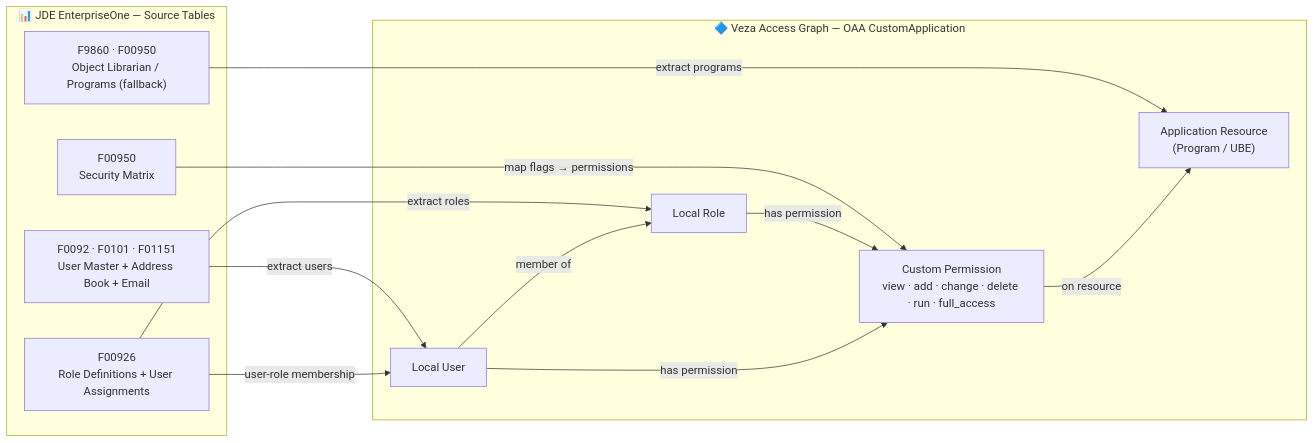
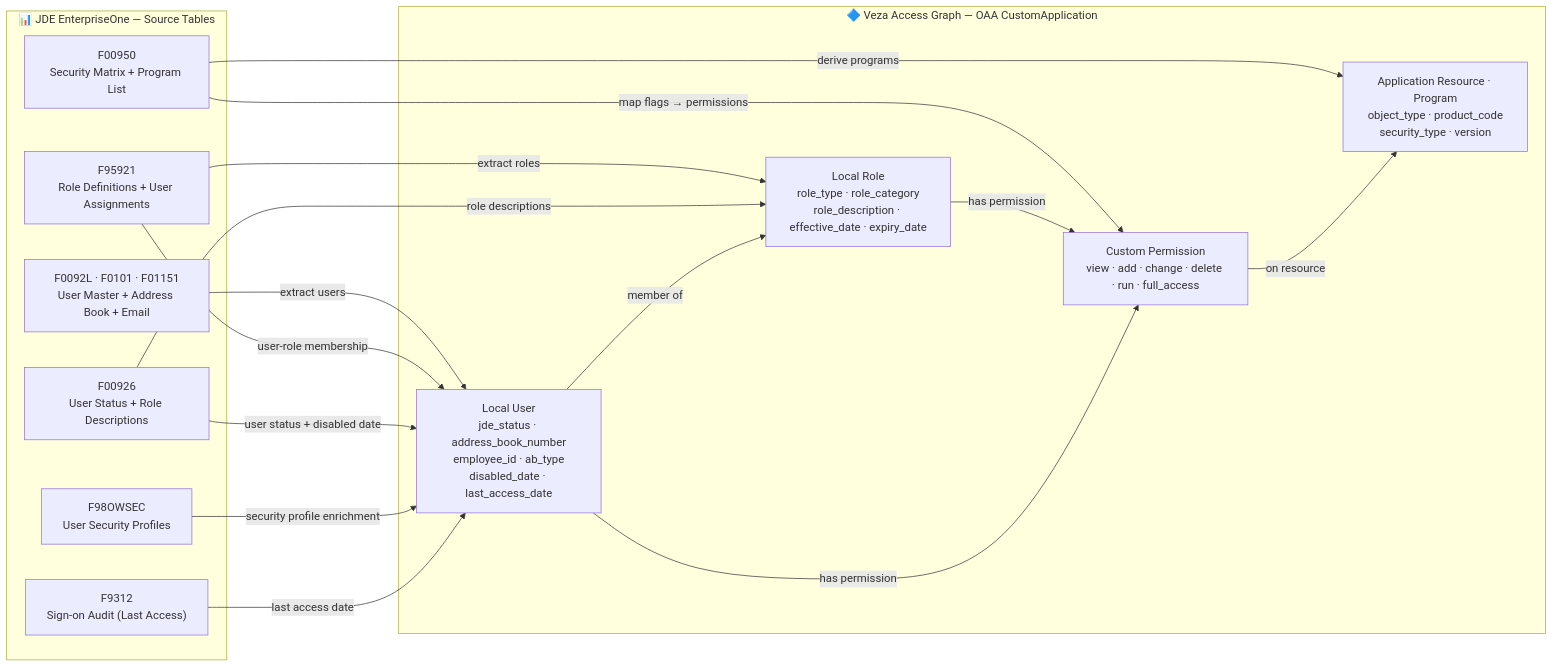
One commit to pvolu-vz/jde changed the diagram in integrations/jde/README.md. Above: the diagram before and after it, drawn with Mermaid. The commit also changed other lines of this file, not shown here.

````diff
--- a/integrations/jde/README.md
+++ b/integrations/jde/README.md
@@ -33,27 +36,33 @@
 ```mermaid
 graph LR
     subgraph JDE["📊 JDE EnterpriseOne — Source Tables"]
-        F0092["F0092 · F0101 · F01151\nUser Master + Address Book + Email"]
-        F00926["F00926\nRole Definitions + User Assignments"]
-        F9860["F9860 · F00950\nObject Librarian / Programs (fallback)"]
-        F00950["F00950\nSecurity Matrix"]
+        F0092L["F0092L · F0101 · F01151\nUser Master + Address Book + Email"]
+        F95921["F95921\nRole Definitions + User Assignments"]
+        F00926["F00926\nUser Status + Role Descriptions"]
+        F98OWSEC["F98OWSEC\nUser Security Profiles"]
+        F9312["F9312\nSign-on Audit (Last Access)"]
+        F00950["F00950\nSecurity Matrix + Program List"]
     end
 
     subgraph Veza["🔷 Veza Access Graph — OAA CustomApplication"]
-        LU["Local User"]
-        LR["Local Role"]
-        AR["Application Resource\n(Program / UBE)"]
+        LU["Local User\njde_status · address_book_number\nemployee_id · ab_type\ndisabled_date · last_access_date"]
+        LR["Local Role\nrole_type · role_category\nrole_description · effective_date · expiry_date"]
+        AR["Application Resource · Program\nobject_type · product_code\nsecurity_type · version"]
         CP["Custom Permission\nview · add · change · delete · run · full_access"]
     end
 
-    F0092  -->|"extract users"| LU
-    F00926 -->|"extract roles"| LR
-    F00926 -->|"user-role membership"| LU
-    F9860  -->|"extract programs"| AR
-    F00950 -->|"map flags → permissions"| CP
+    F0092L   -->|"extract users"| LU
+    F95921   -->|"extract roles"| LR
+    F95921   -->|"user-role membership"| LU
+    F00926   -->|"user status + disabled date"| LU
+    F00926   -->|"role descriptions"| LR
+    F98OWSEC -->|"security profile enrichment"| LU
+    F9312    -->|"last access date"| LU
+    F00950   -->|"derive programs"| AR
+    F00950   -->|"map flags → permissions"| CP
 
     LU -->|"member of"| LR
     LR -->|"has permission"| CP
     LU -->|"has permission"| CP
     CP -->|"on resource"| AR
 ```
````
